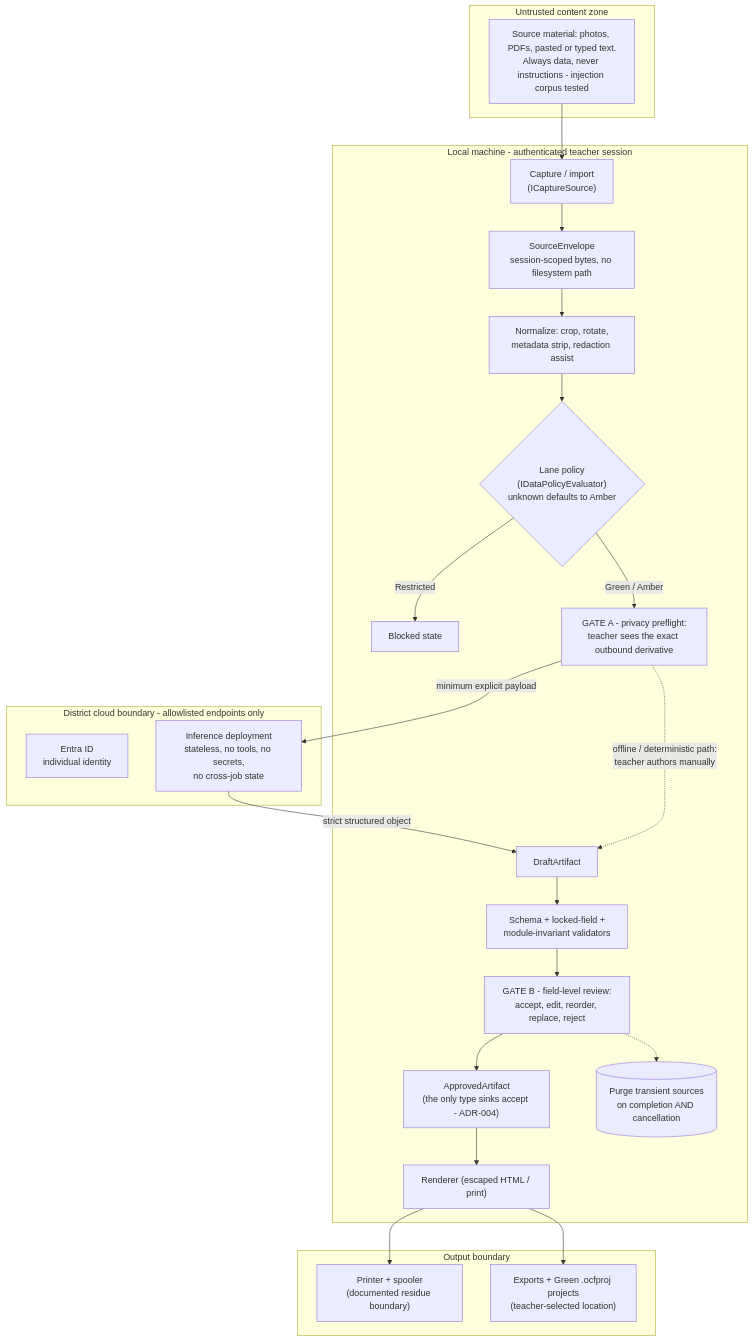
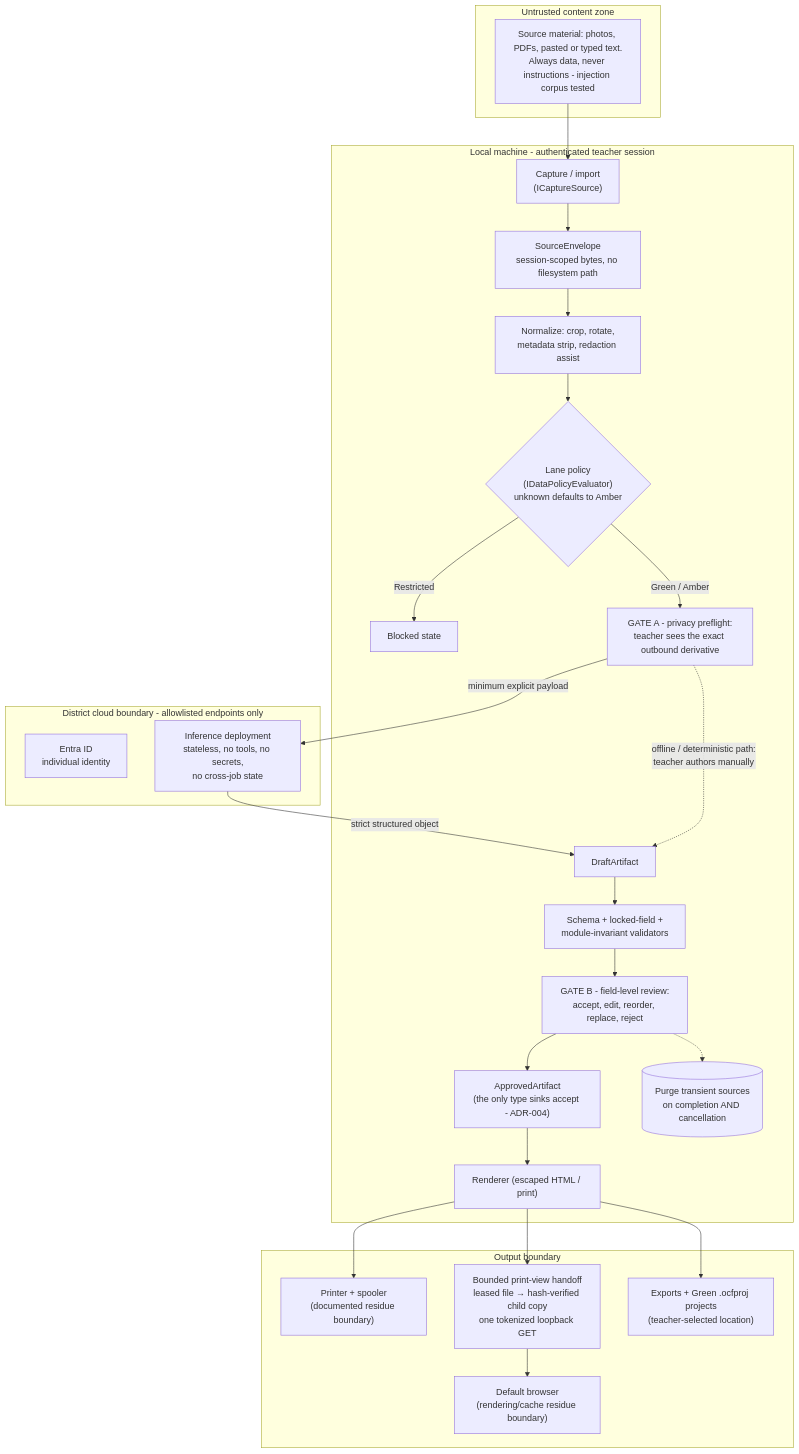
One commit to honest-ink-inc/open-classroom-foundry changed the first of 2 diagrams in docs/architecture/trust-boundaries.md. Above: the diagram before and after it, drawn with Mermaid. The commit also changed other lines of this file and 47 other files, not shown here.

````diff
--- a/docs/architecture/trust-boundaries.md
+++ b/docs/architecture/trust-boundaries.md
@@ -9,36 +9,39 @@
 ```mermaid
 flowchart TD
     subgraph UNTRUSTED["Untrusted content zone"]
         SRC["Source material: photos, PDFs, pasted or typed text.<br/>Always data, never instructions - injection corpus tested"]
     end
 
     subgraph LOCAL["Local machine - authenticated teacher session"]
         CAP["Capture / import<br/>(ICaptureSource)"] --> ENV["SourceEnvelope<br/>session-scoped bytes, no filesystem path"]
         ENV --> NORM["Normalize: crop, rotate,<br/>metadata strip, redaction assist"]
         NORM --> LANE{"Lane policy<br/>(IDataPolicyEvaluator)<br/>unknown defaults to Amber"}
         LANE -->|"Restricted"| BLOCK["Blocked state"]
         LANE -->|"Green / Amber"| GATEA["GATE A - privacy preflight:<br/>teacher sees the exact outbound derivative"]
         DRAFT["DraftArtifact"] --> VAL["Schema + locked-field +<br/>module-invariant validators"]
         VAL --> GATEB["GATE B - field-level review:<br/>accept, edit, reorder, replace, reject"]
         GATEB --> APPR["ApprovedArtifact<br/>(the only type sinks accept - ADR-004)"]
         APPR --> REND["Renderer (escaped HTML / print)"]
         GATEB -.-> PURGE[("Purge transient sources<br/>on completion AND cancellation")]
     end
 
     subgraph CLOUD["District cloud boundary - allowlisted endpoints only"]
         ENTRA["Entra ID<br/>individual identity"]
         LLM["Inference deployment<br/>stateless, no tools, no secrets,<br/>no cross-job state"]
     end
 
     subgraph SINKS["Output boundary"]
         PRN["Printer + spooler<br/>(documented residue boundary)"]
+        PV["Bounded print-view handoff<br/>leased file → hash-verified child copy<br/>one tokenized loopback GET"]
+        BRW["Default browser<br/>(rendering/cache residue boundary)"]
         EXP["Exports + Green .ocfproj projects<br/>(teacher-selected location)"]
     end
 
     SRC --> CAP
     GATEA -->|"minimum explicit payload"| LLM
     LLM -->|"strict structured object"| DRAFT
     REND --> PRN
+    REND --> PV --> BRW
     REND --> EXP
     GATEA -.->|"offline / deterministic path:<br/>teacher authors manually"| DRAFT
 ```
````
